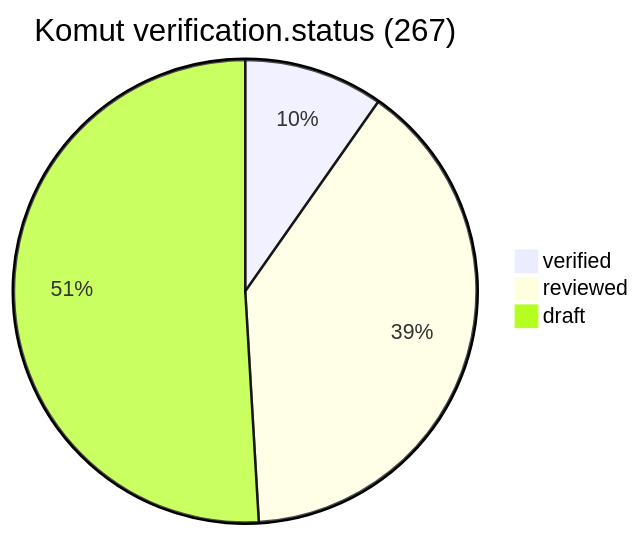
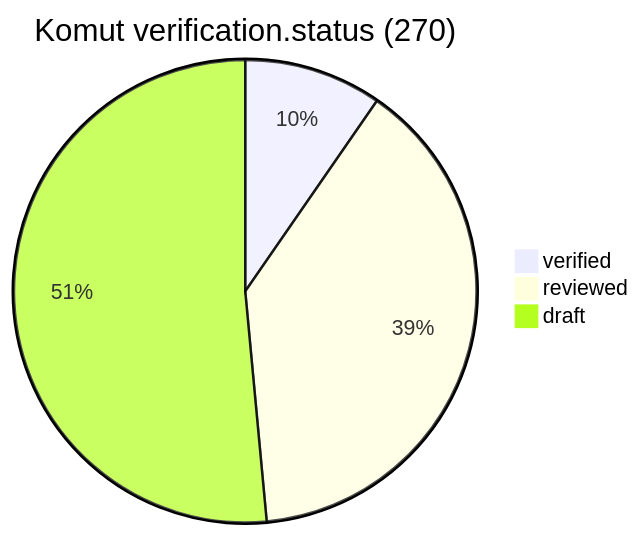
One commit to Teknoloji-Filozoflari/Nova-Commands changed the first of 8 diagrams in README.tr.md. Above: the diagram before and after it, drawn with Mermaid. The commit also changed other lines of this file and 30 other files, not shown here.

````diff
--- a/README.tr.md
+++ b/README.tr.md
@@ -51,6 +51,6 @@
 ```mermaid
-pie title Komut verification.status (267)
+pie title Komut verification.status (270)
   "verified" : 26
   "reviewed" : 105
-  "draft" : 136
+  "draft" : 139
 ```
````
